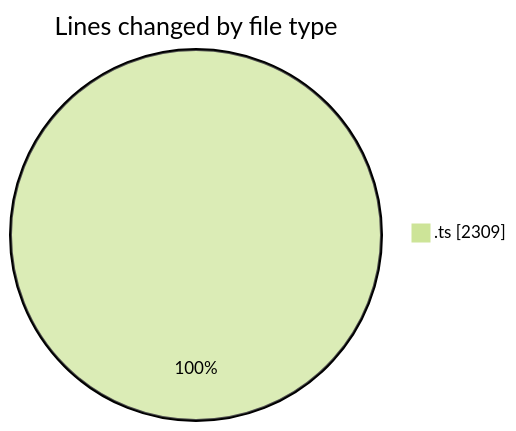
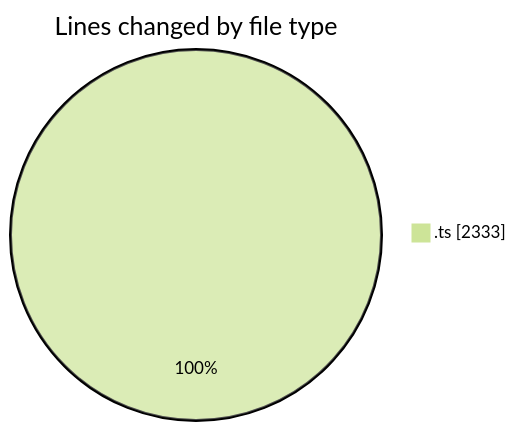
Before and after one commit to momahboobian/code-tracking: the first of 2 diagrams in 2025-10-23/cda/README.md, drawn with Mermaid (forest theme). The commit also changed other lines of this file and 1 other file, not shown here.

````diff
--- a/2025-10-23/cda/README.md
+++ b/2025-10-23/cda/README.md
@@ -23,5 +23,5 @@
 ```mermaid
 pie showData
 title Lines changed by file type
-".ts" : 2309
+".ts" : 2333
 ```
````
